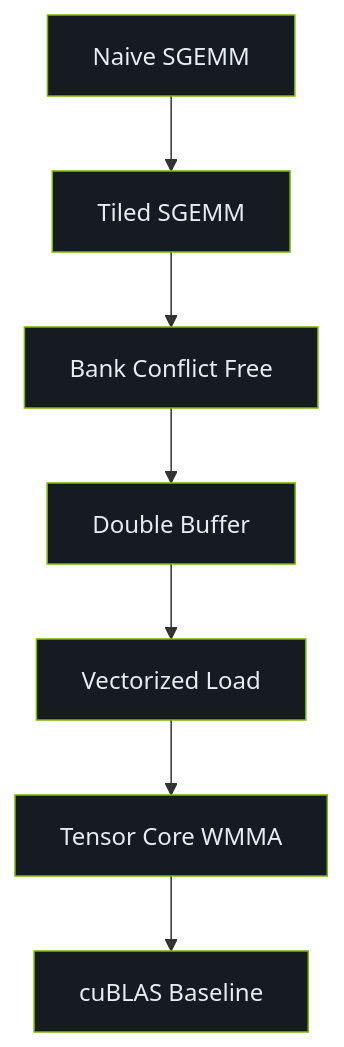
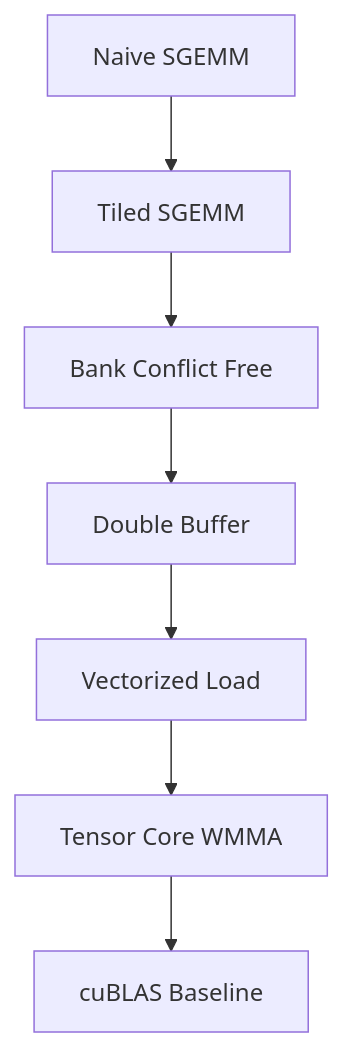
Before and after one commit to LessUp/cuda-kernel-academy: the diagram in docs/en/modules/01-sgemm.md, drawn with Mermaid. The commit also changed 45 other files, not shown here.

````diff
--- a/docs/en/modules/01-sgemm.md
+++ b/docs/en/modules/01-sgemm.md
@@ -11,17 +11,10 @@
 ```mermaid
 flowchart TD
     A[Naive SGEMM] --> B[Tiled SGEMM]
     B --> C[Bank Conflict Free]
     C --> D[Double Buffer]
     D --> E[Vectorized Load]
     E --> F[Tensor Core WMMA]
     F --> G[cuBLAS Baseline]
 
-    style A fill:#161b22,stroke:#76B900,color:#e6edf3
-    style B fill:#161b22,stroke:#76B900,color:#e6edf3
-    style C fill:#161b22,stroke:#76B900,color:#e6edf3
-    style D fill:#161b22,stroke:#76B900,color:#e6edf3
-    style E fill:#161b22,stroke:#76B900,color:#e6edf3
-    style F fill:#161b22,stroke:#76B900,color:#e6edf3
-    style G fill:#161b22,stroke:#76B900,color:#e6edf3
 ```
````
